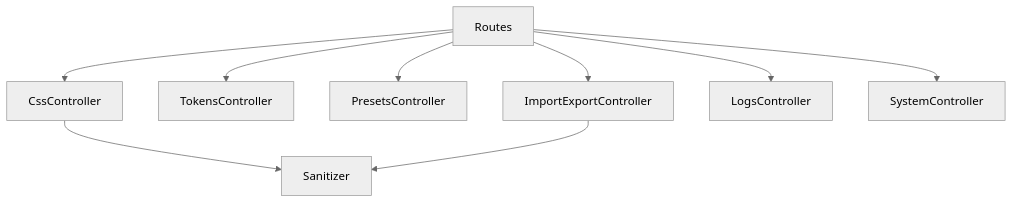
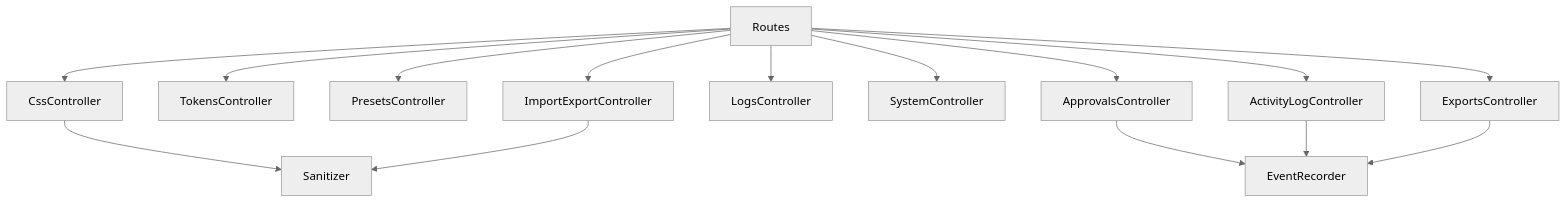
The second of 2 diagrams in supersede-css-jlg-enhanced/docs/REST-ARCHITECTURE.md (JLG-WOCFR-DEV/WP-Supersede-CSS), drawn with Mermaid (neutral theme) before and after one commit. The commit also changed other lines of this file and 29 other files, not shown here.

````diff
--- a/supersede-css-jlg-enhanced/docs/REST-ARCHITECTURE.md
+++ b/supersede-css-jlg-enhanced/docs/REST-ARCHITECTURE.md
@@ -22,11 +49,17 @@
 ```mermaid
 graph TD
     Routes --> CssController
     Routes --> TokensController
     Routes --> PresetsController
     Routes --> ImportExportController
     Routes --> LogsController
     Routes --> SystemController
+    Routes --> ApprovalsController
+    Routes --> ActivityLogController
+    Routes --> ExportsController
     CssController --> Sanitizer
     ImportExportController --> Sanitizer
+    ApprovalsController --> EventRecorder
+    ActivityLogController --> EventRecorder
+    ExportsController --> EventRecorder
 ```
````
